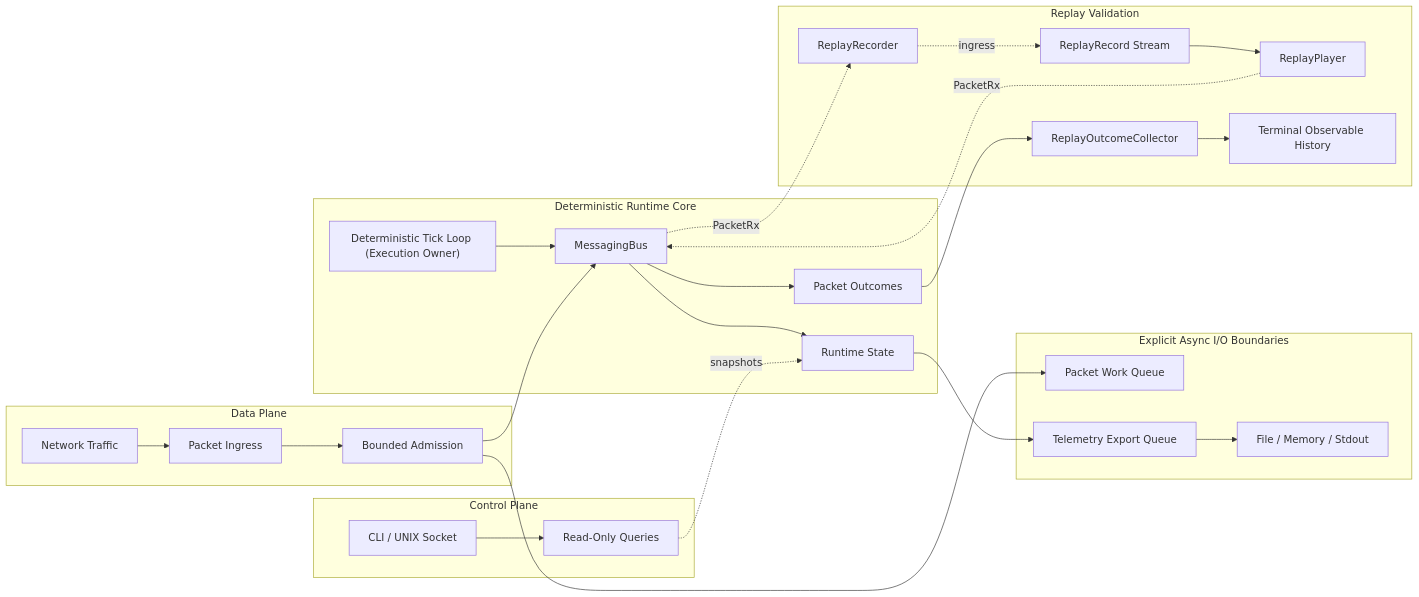
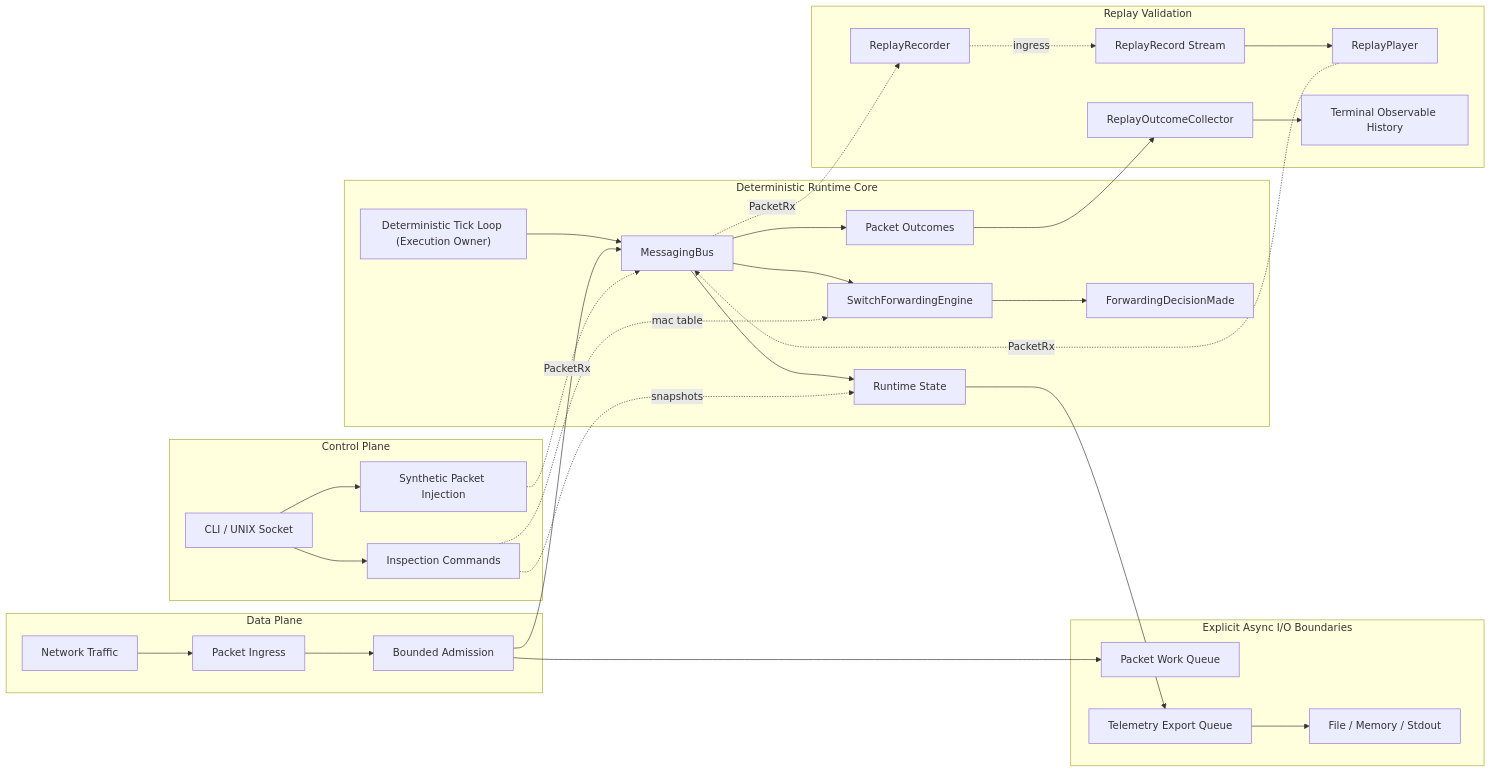
The diagram in README.md (togunchan/EdgeNetSwitch), drawn with Mermaid before and after one commit. The commit also changed other lines of this file and 6 other files, not shown here.

````diff
--- a/README.md
+++ b/README.md
@@ -44,35 +48,40 @@
 ```mermaid
 flowchart LR
     subgraph Data["Data Plane"]
         Traffic["Network Traffic"] --> Ingress["Packet Ingress"]
         Ingress --> Admission["Bounded Admission"]
     end
 
     subgraph Core["Deterministic Runtime Core"]
         Tick["Deterministic Tick Loop (Execution Owner)"] --> Bus["MessagingBus"]
         Admission --> Bus
+        Bus --> Switching["SwitchForwardingEngine"]
+        Switching --> Decisions["ForwardingDecisionMade"]
         Bus --> Outcomes["Packet Outcomes"]
         Bus --> State["Runtime State"]
     end
 
     subgraph Replay["Replay Validation"]
         Recorder["ReplayRecorder"] -. ingress .-> Records["ReplayRecord Stream"]
         Records --> Player["ReplayPlayer"]
         Outcomes --> Collector["ReplayOutcomeCollector"]
         Collector --> History["Terminal Observable History"]
     end
 
     subgraph Control["Control Plane"]
-        Operator["CLI / UNIX Socket"] --> Queries["Read-Only Queries"]
+        Operator["CLI / UNIX Socket"] --> Queries["Inspection Commands"]
+        Operator --> Injection["Synthetic Packet Injection"]
         Queries -. snapshots .-> State
+        Queries -. mac table .-> Switching
+        Injection -. PacketRx .-> Bus
     end
 
     Bus -. PacketRx .-> Recorder
     Player -. PacketRx .-> Bus
 
     subgraph Async["Explicit Async I/O Boundaries"]
         Admission --> WorkQueue["Packet Work Queue"]
         State --> ExportQueue["Telemetry Export Queue"]
         ExportQueue --> Exporters["File / Memory / Stdout"]
     end
 ```
````
